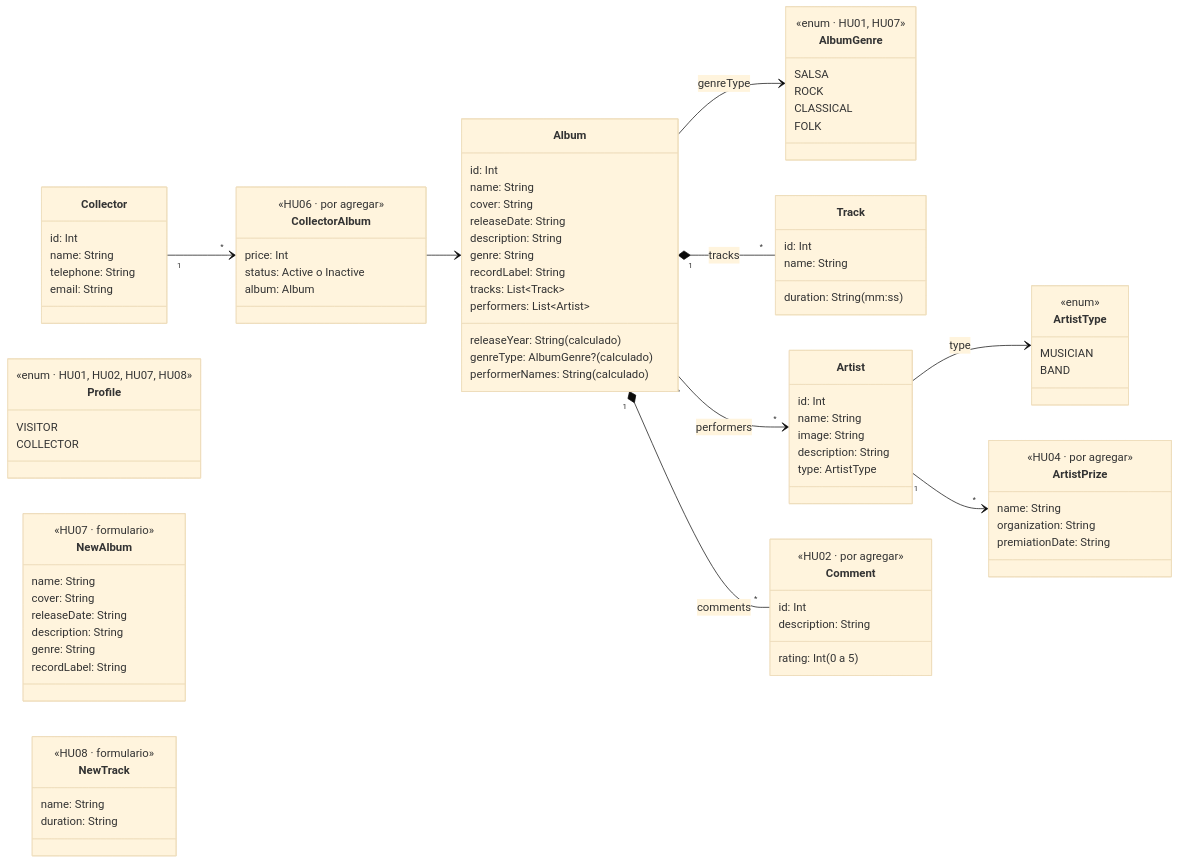
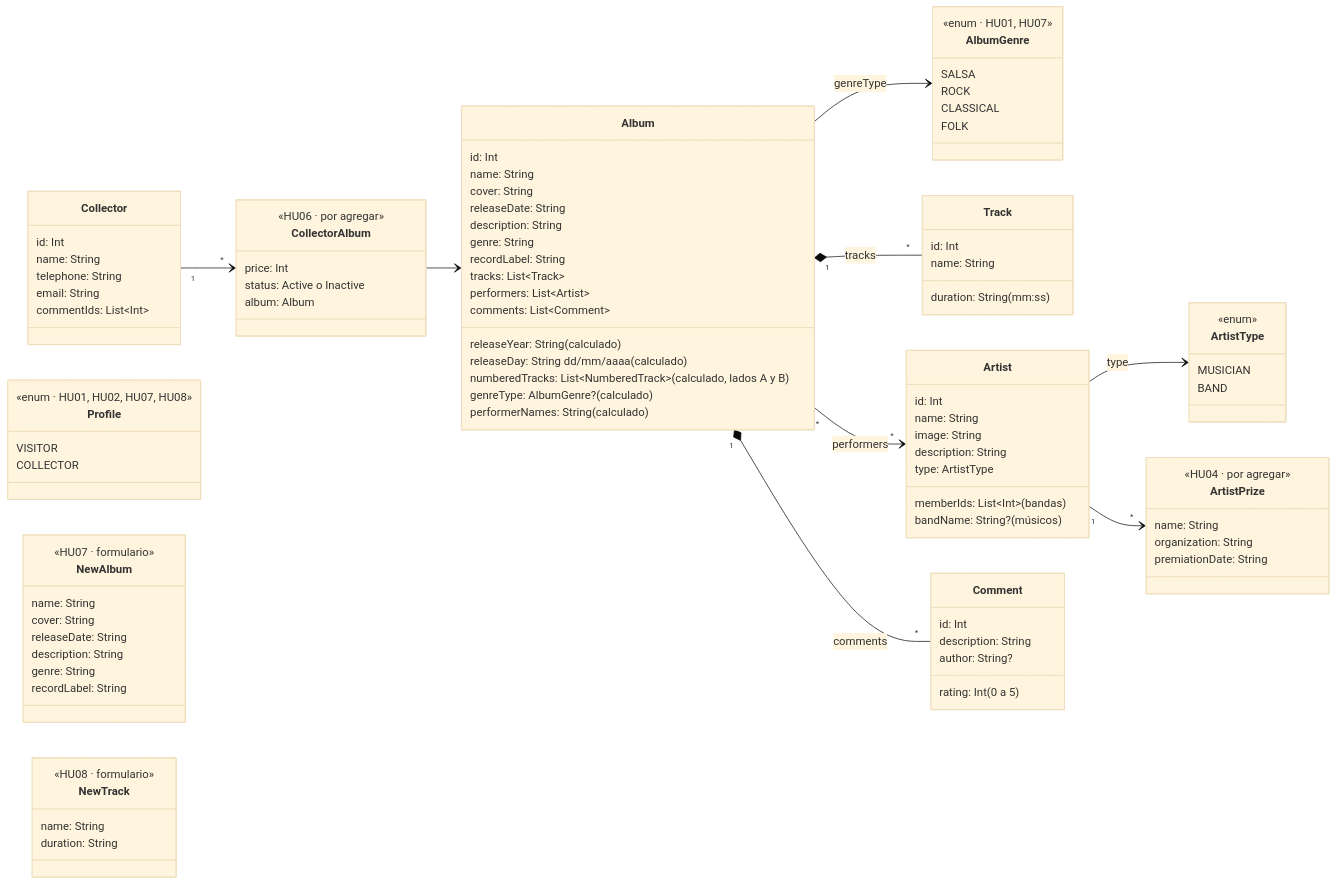
One commit to jhon0520/Andes-Vynils-App changed the third of 4 diagrams in docs/App-technical-documentation.md. Above: the diagram before and after it, drawn with Mermaid (base theme). The commit also changed other lines of this file and 51 other files, not shown here.

```diff
--- a/docs/App-technical-documentation.md
+++ b/docs/App-technical-documentation.md
@@ -110,7 +110,10 @@
         recordLabel: String
         tracks: List~Track~
         performers: List~Artist~
+        comments: List~Comment~
         releaseYear: String (calculado)
+        releaseDay: String dd/mm/aaaa (calculado)
+        numberedTracks: List~NumberedTrack~ (calculado, lados A y B)
         genreType: AlbumGenre? (calculado)
         performerNames: String (calculado)
     }
@@ -132,6 +135,8 @@
         image: String
         description: String
         type: ArtistType
+        memberIds: List~Int~ (bandas)
+        bandName: String? (músicos)
     }
     class ArtistType {
         <<enum>>
@@ -143,12 +148,13 @@
         name: String
         telephone: String
         email: String
+        commentIds: List~Int~
     }
     class Comment {
-        <<HU02 · por agregar>>
         id: Int
         description: String
         rating: Int (0 a 5)
+        author: String?
     }
     class ArtistPrize {
         <<HU04 · por agregar>>
```
